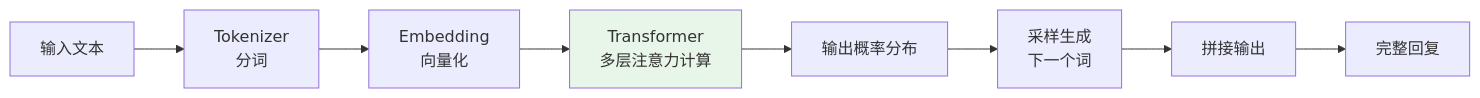
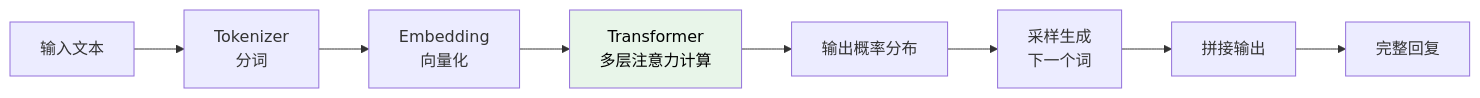
One commit to Atituiset/llm-konwleage-hub changed the fifth of 8 diagrams in src/01-ai-overview/README.md. Above: the diagram before and after it, drawn with Mermaid. The commit also changed other lines of this file and 1 other file, not shown here.

Commit message:
Fix dark-mode contrast: theme-adaptive blockquote/tip/note/warning backgrounds, translucent table hover, dark text on light Mermaid nodes

````diff
--- a/src/01-ai-overview/README.md
+++ b/src/01-ai-overview/README.md
@@ -183,12 +183,12 @@
 ```mermaid
 graph LR
     A[输入文本] --> B[Tokenizer<br/>分词]
     B --> C[Embedding<br/>向量化]
     C --> D[Transformer<br/>多层注意力计算]
     D --> E[输出概率分布]
     E --> F[采样生成<br/>下一个词]
     F --> G[拼接输出]
     G --> H[完整回复]
     
-    style D fill:#e8f5e9
+    style D fill:#e8f5e9,color:#000
 ```
````
